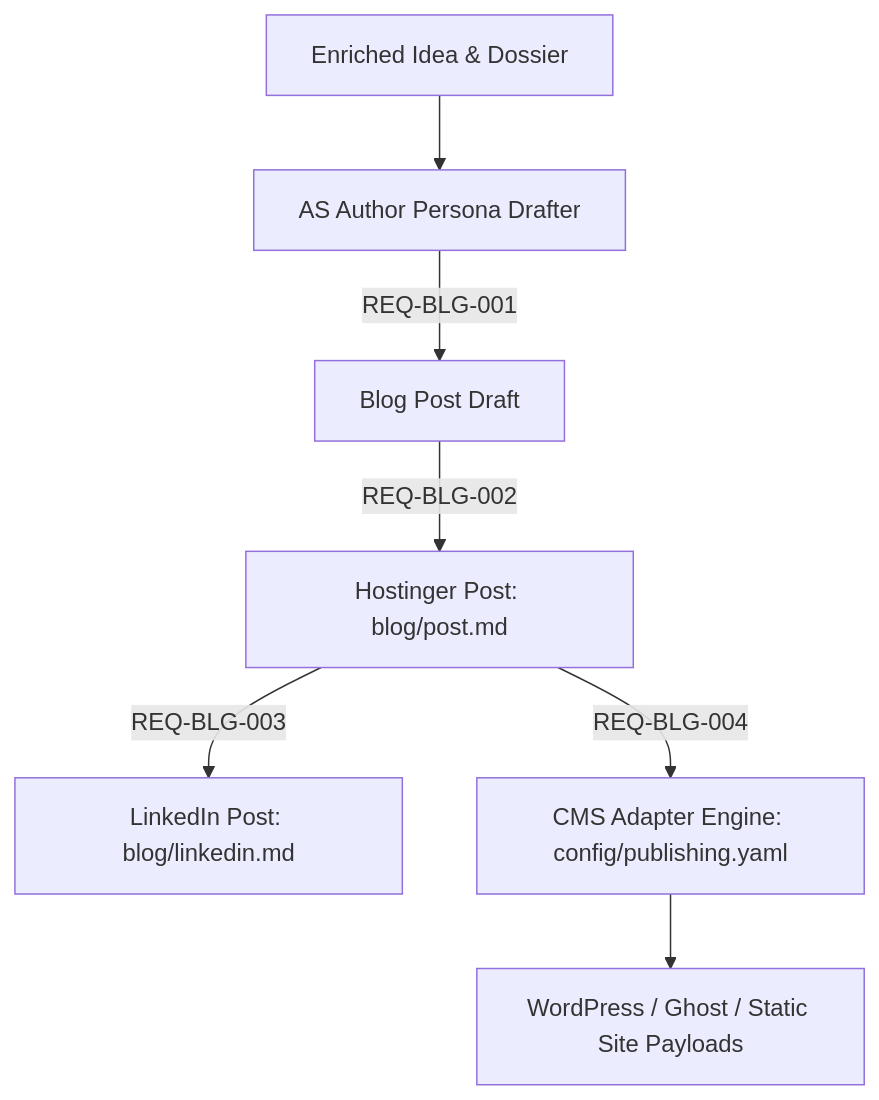
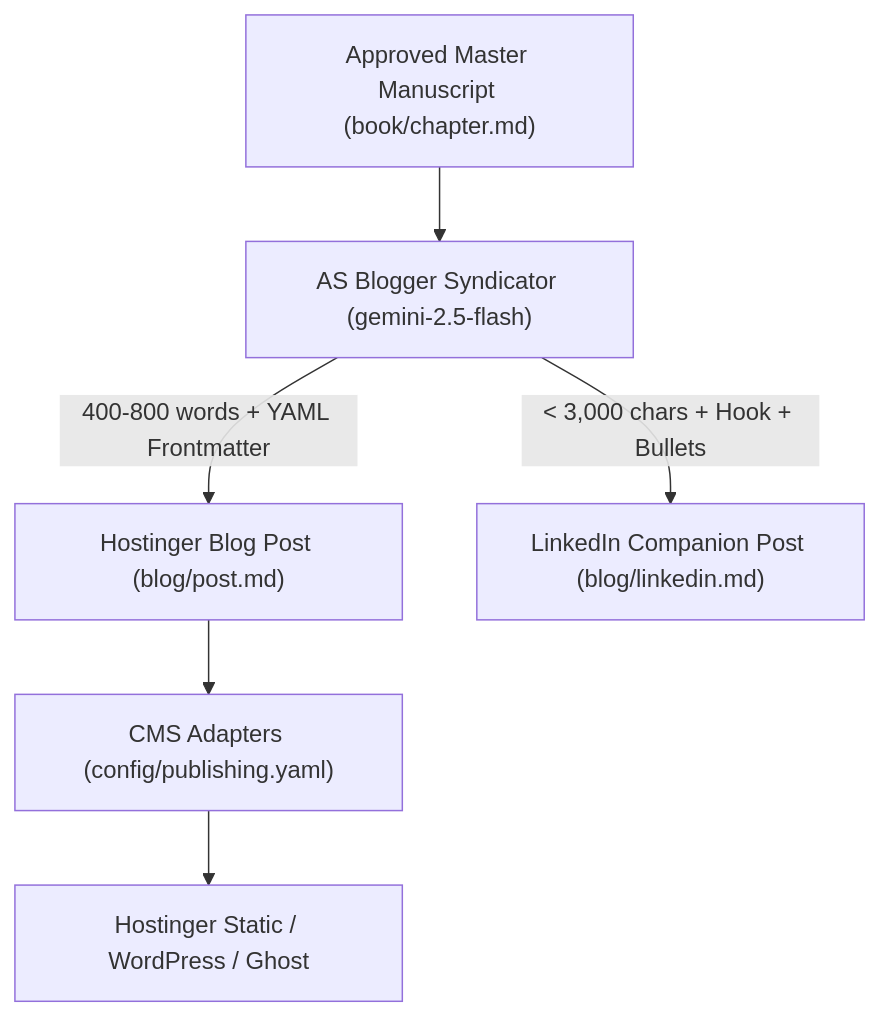
Before and after one commit to Schmoiger/100-ideas: the fourth of 4 diagrams in artefacts/architecture/architecture.md, drawn with Mermaid. The commit also changed other lines of this file and 4 other files, not shown here.

First line of the commit message:
docs(architecture): complete continuous publishing review

````diff
--- a/artefacts/architecture/architecture.md
+++ b/artefacts/architecture/architecture.md
@@ -206,9 +233,8 @@
 ```mermaid
-graph TD
-    A[Enriched Idea & Dossier] --> B[AS Author Persona Drafter]
-    B -->|REQ-BLG-001| C[Blog Post Draft]
-    C -->|REQ-BLG-002| D[Hostinger Post: blog/post.md]
-    D -->|REQ-BLG-003| E[LinkedIn Post: blog/linkedin.md]
-    D -->|REQ-BLG-004| F[CMS Adapter Engine: config/publishing.yaml]
-    F --> G[WordPress / Ghost / Static Site Payloads]
+flowchart TD
+    MasterChapter["Approved Master Manuscript (book/chapter.md)"] --> Syndicator["AS Blogger Syndicator (gemini-2.5-flash)"]
+    Syndicator -->|400-800 words + YAML Frontmatter| BlogPost["Hostinger Blog Post (blog/post.md)"]
+    Syndicator -->|< 3,000 chars + Hook + Bullets| LinkedInPost["LinkedIn Companion Post (blog/linkedin.md)"]
+    BlogPost --> CMSAdapters["CMS Adapters (config/publishing.yaml)"]
+    CMSAdapters --> Payloads["Hostinger Static / WordPress / Ghost"]
 ```
````
